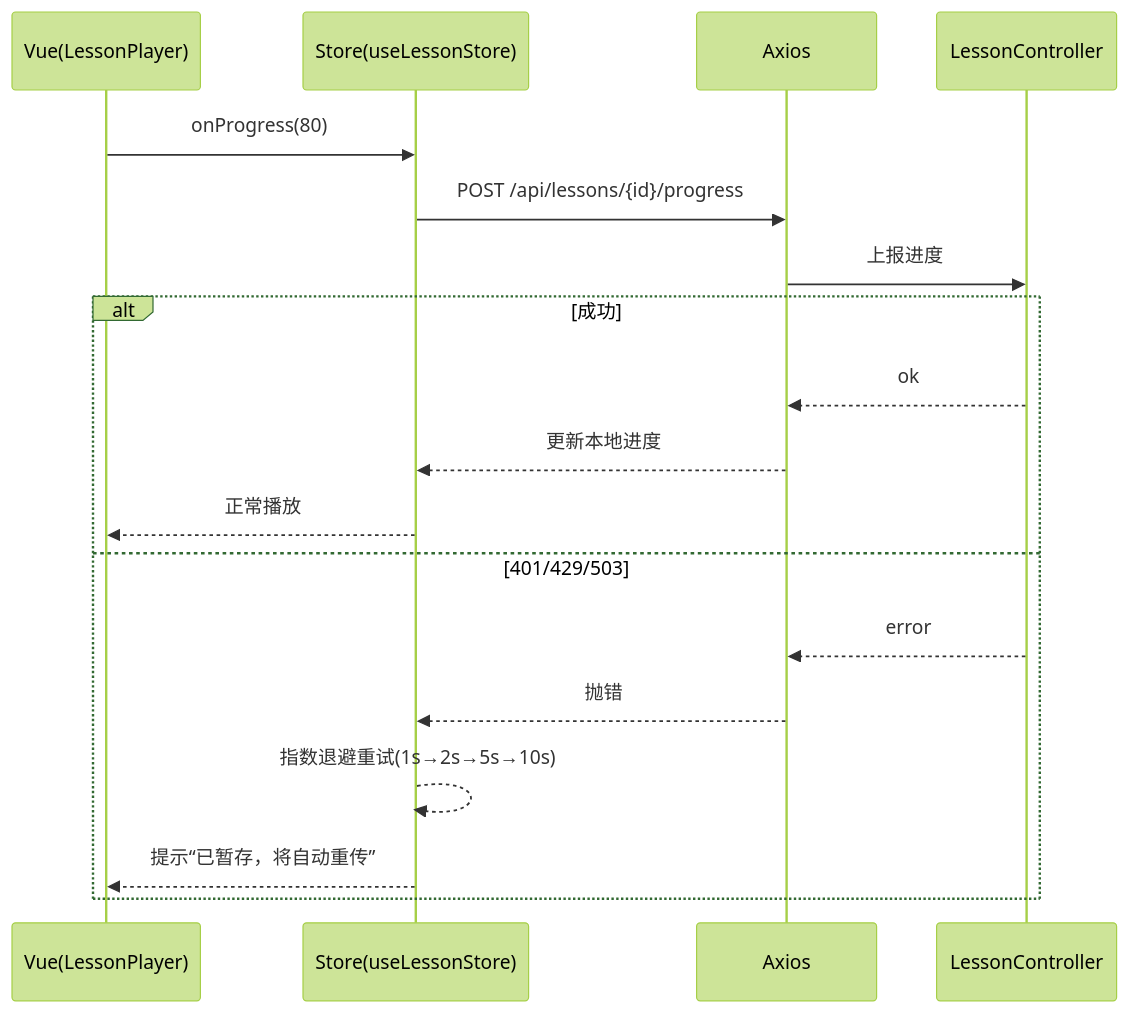
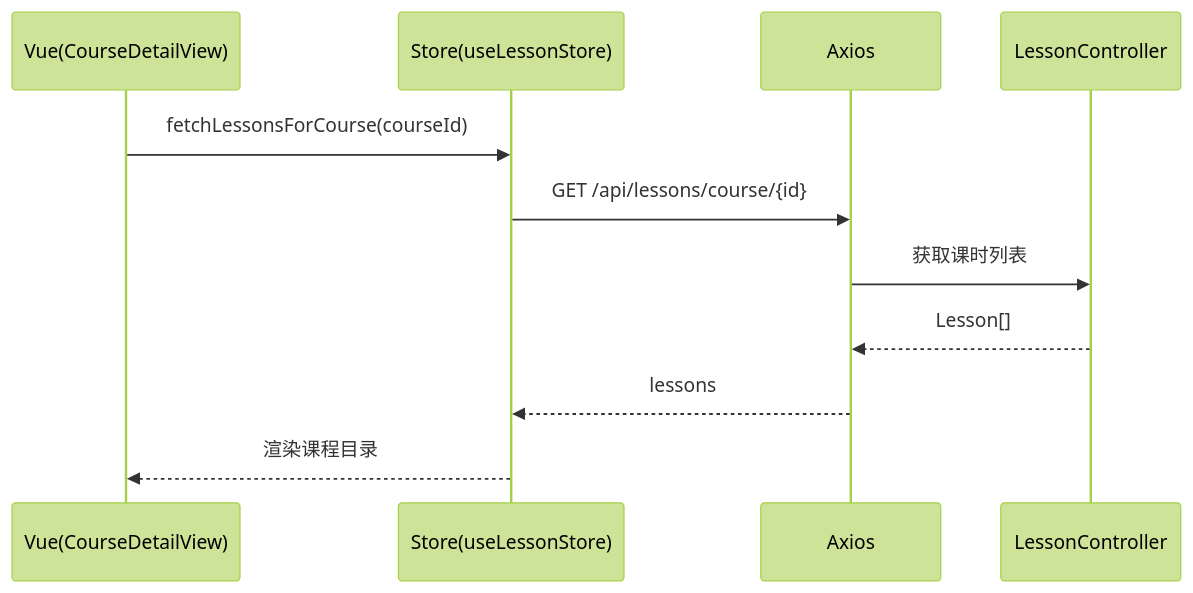
Before and after one commit to Xiaorui-Zhang537/student-core-competency-cultivation-assessment-system: diagram 12 of 15 in docs/e2e-examples.md, drawn with Mermaid (forest theme). The commit also changed other lines of this file and 61 other files, not shown here.

````diff
--- a/docs/e2e-examples.md
+++ b/docs/e2e-examples.md
@@ -414,20 +409,13 @@
 ```mermaid
 sequenceDiagram
-  participant V as Vue(LessonPlayer)
+  participant V as Vue(CourseDetailView)
   participant ST as Store(useLessonStore)
   participant A as Axios
   participant C as LessonController
-  V->>ST: onProgress(80)
-  ST->>A: POST /api/lessons/{id}/progress
-  A->>C: 上报进度
-  alt 成功
-    C-->>A: ok
-    A-->>ST: 更新本地进度
-    ST-->>V: 正常播放
-  else 401/429/503
-    C-->>A: error
-    A-->>ST: 抛错
-    ST-->>ST: 指数退避重试(1s→2s→5s→10s)
-    ST-->>V: 提示“已暂存，将自动重传”
-  end
+  V->>ST: fetchLessonsForCourse(courseId)
+  ST->>A: GET /api/lessons/course/{id}
+  A->>C: 获取课时列表
+  C-->>A: Lesson[]
+  A-->>ST: lessons
+  ST-->>V: 渲染课程目录
 ```
````
